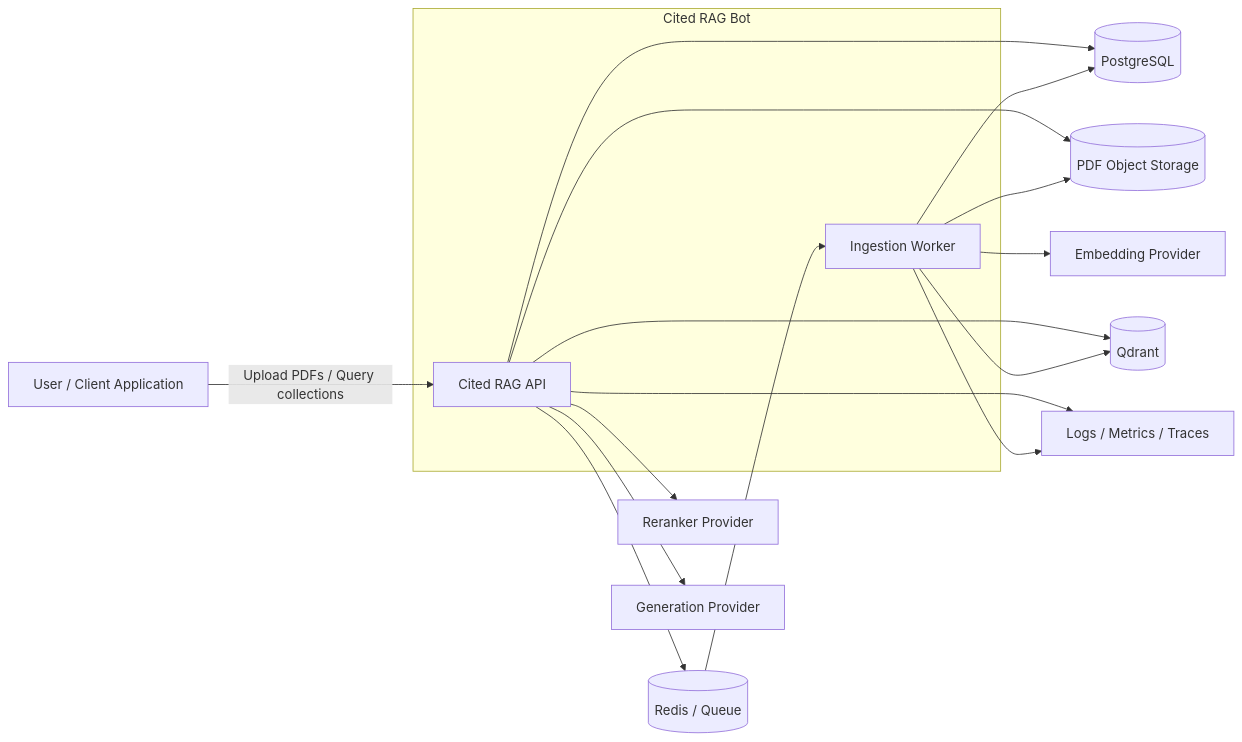
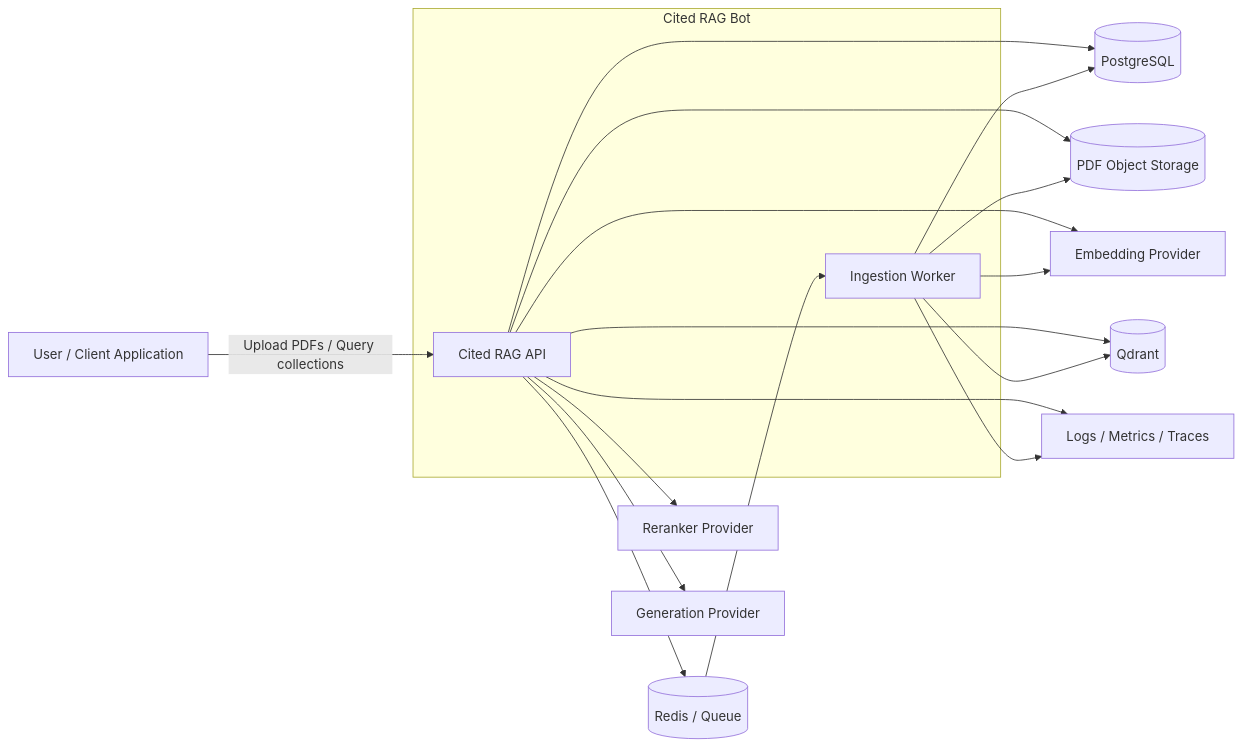
Before and after one commit to pranjulya/cited-RAG-Bot: the diagram in docs/architecture/diagrams/01-system-context.md, drawn with Mermaid. The commit also changed 45 other files, not shown here.

First line of the commit message:
docs: freeze V1 architecture contracts in ADR-011

````diff
--- a/docs/architecture/diagrams/01-system-context.md
+++ b/docs/architecture/diagrams/01-system-context.md
@@ -7,37 +7,38 @@
 ```mermaid
 flowchart LR
     USER[User / Client Application]
 
     subgraph RAG[Cited RAG Bot]
         API[Cited RAG API]
         WORKER[Ingestion Worker]
     end
 
     OBJ[(PDF Object Storage)]
     PG[(PostgreSQL)]
     REDIS[(Redis / Queue)]
     QD[(Qdrant)]
 
     EMB[Embedding Provider]
     RR[Reranker Provider]
     LLM[Generation Provider]
     OBS[Logs / Metrics / Traces]
 
     USER -->|Upload PDFs / Query collections| API
 
     API --> PG
     API --> OBJ
     API --> REDIS
     API --> QD
+    API --> EMB
     API --> RR
     API --> LLM
 
     REDIS --> WORKER
     WORKER --> OBJ
     WORKER --> PG
     WORKER --> EMB
     WORKER --> QD
 
     API --> OBS
     WORKER --> OBS
 ```
````
